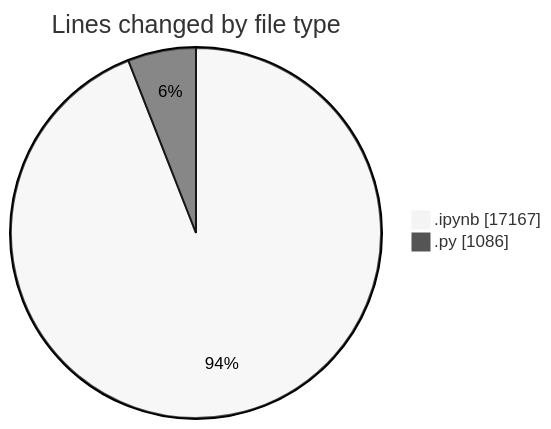
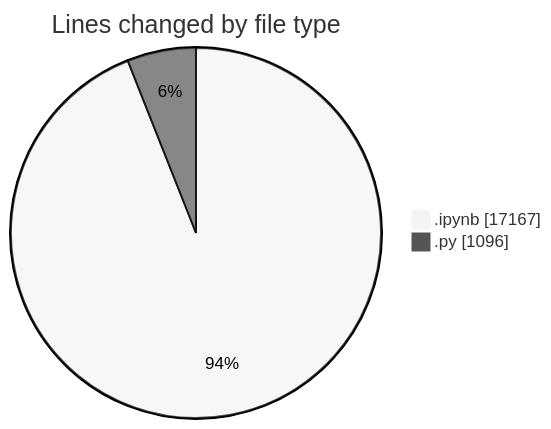
The first of 2 diagrams in 2025-05-07/myws__workspace_/README.md (MatusMokan/code-tracking), drawn with Mermaid (neutral theme) before and after one commit. The commit also changed other lines of this file and 1 other file, not shown here.

````diff
--- a/2025-05-07/myws__workspace_/README.md
+++ b/2025-05-07/myws__workspace_/README.md
@@ -21,6 +21,6 @@
 ```mermaid
 pie showData
 title Lines changed by file type
 ".ipynb" : 17167
-".py" : 1086
+".py" : 1096
 ```
````
